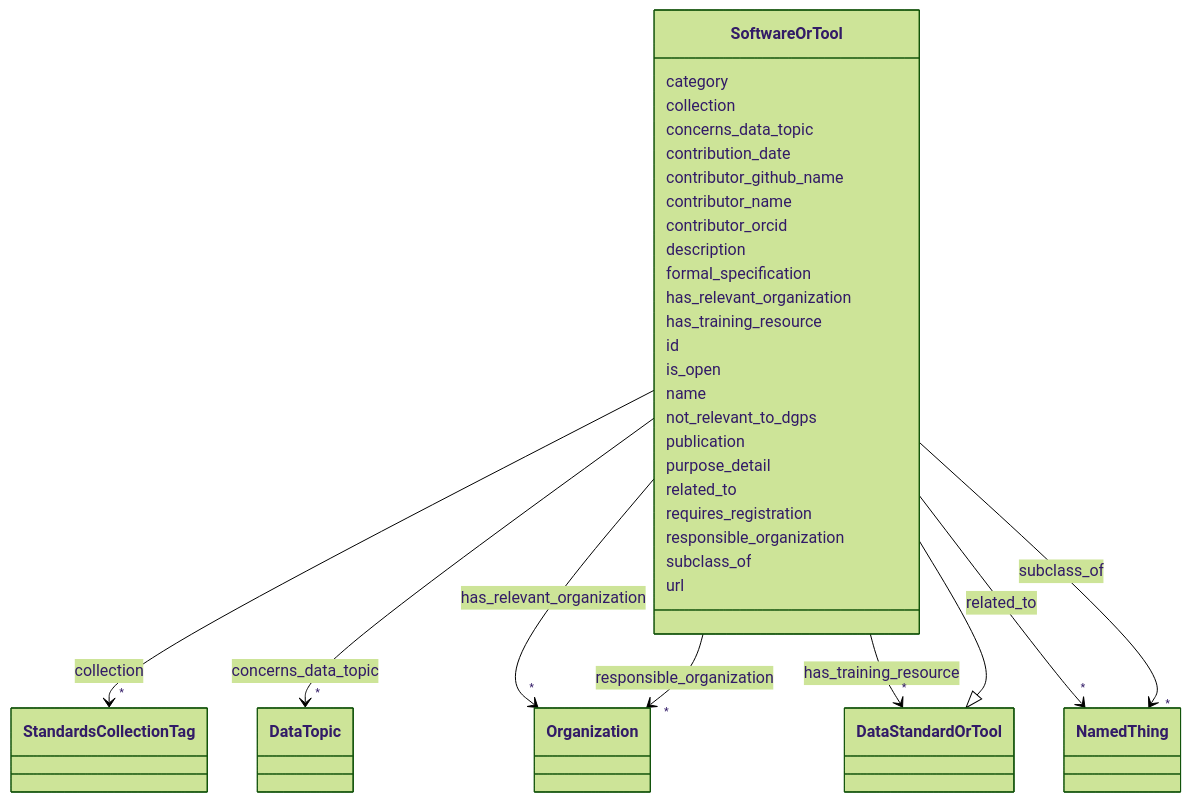
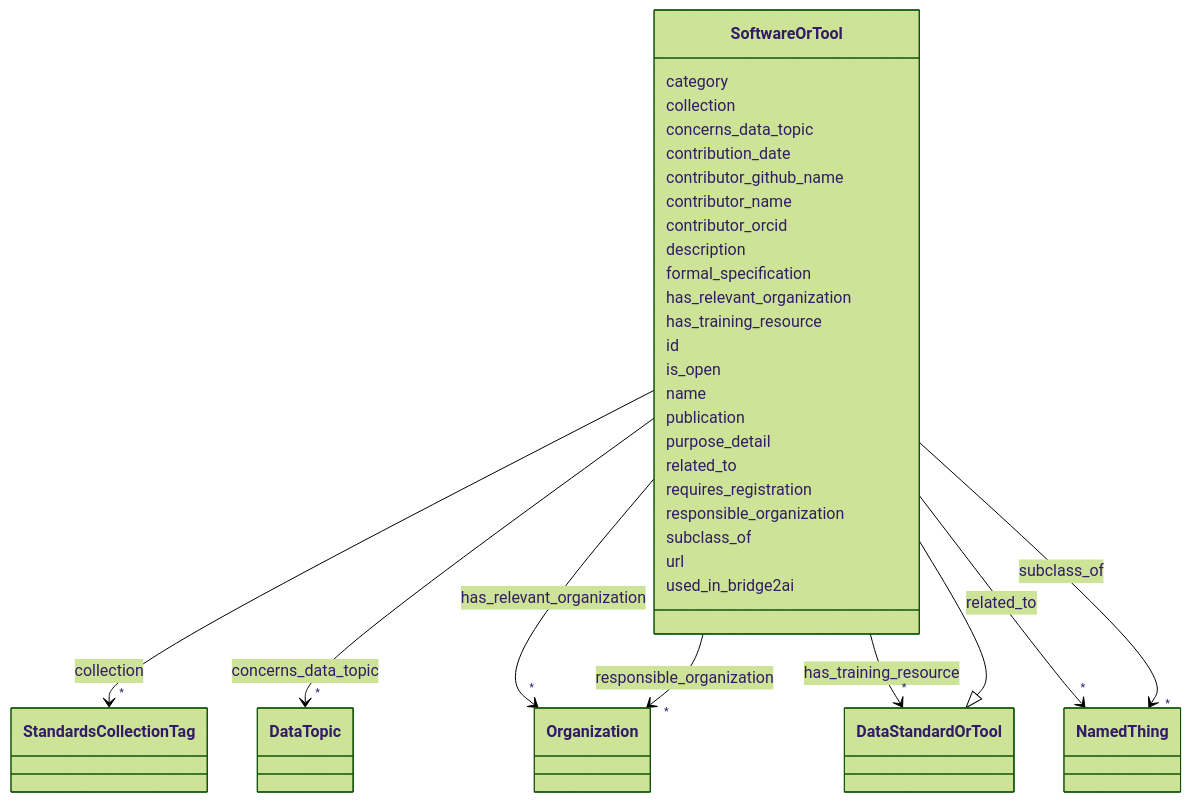
The diagram in docs/SoftwareOrTool.md (bridge2ai/standards-schemas), drawn with Mermaid (forest theme) before and after one commit. The commit also changed other lines of this file and 44 other files, not shown here.

````diff
--- a/docs/SoftwareOrTool.md
+++ b/docs/SoftwareOrTool.md
@@ -79,8 +79,6 @@
         
       SoftwareOrTool : name
         
-      SoftwareOrTool : not_relevant_to_dgps
-        
       SoftwareOrTool : publication
         
       SoftwareOrTool : purpose_detail
@@ -116,5 +114,7 @@
         
       SoftwareOrTool : url
         
+      SoftwareOrTool : used_in_bridge2ai
+        
       
 ```
````
